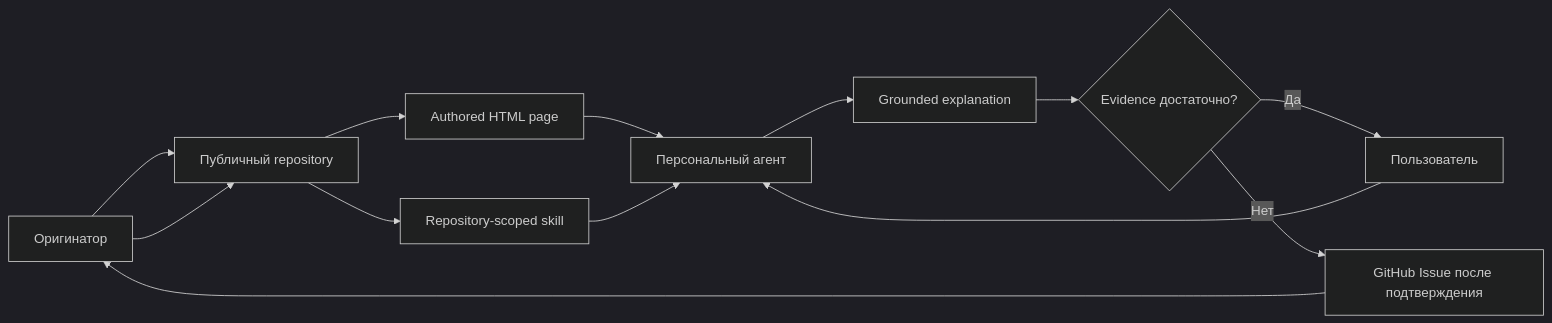
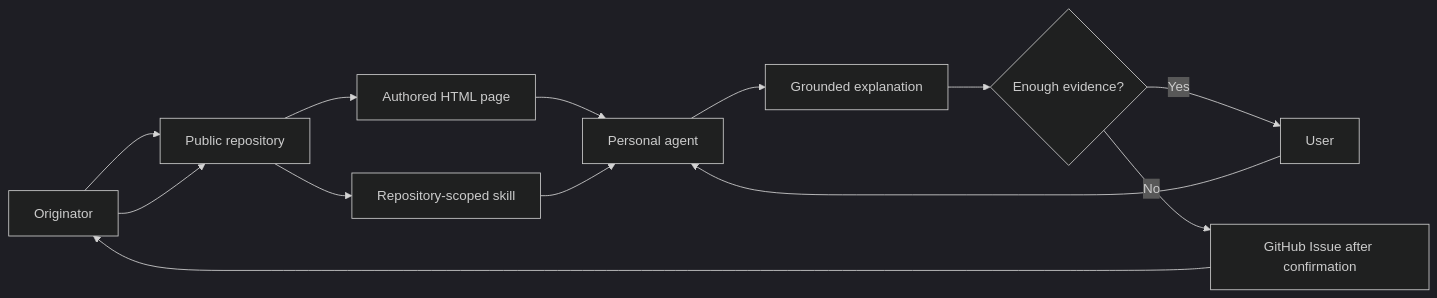
Before and after one commit to andrew-veresov/explain-him: the diagram in knowledge/00-overview.md, drawn with Mermaid (dark theme). The commit also changed other lines of this file and 25 other files, not shown here.

````diff
--- a/knowledge/00-overview.md
+++ b/knowledge/00-overview.md
@@ -13,15 +13,15 @@
 ```mermaid
 flowchart LR
-    O[Оригинатор] --> R[Публичный repository]
+    O[Originator] --> R[Public repository]
     R --> P[Authored HTML page]
     R --> S[Repository-scoped skill]
-    U[Пользователь] --> A[Персональный агент]
+    U[User] --> A[Personal agent]
     P --> A
     S --> A
     A --> E[Grounded explanation]
-    E --> Q{Evidence достаточно?}
-    Q -->|Да| U
-    Q -->|Нет| I[GitHub Issue после подтверждения]
+    E --> Q{Enough evidence?}
+    Q -->|Yes| U
+    Q -->|No| I[GitHub Issue after confirmation]
     I --> O
     O --> R
 ```
````
